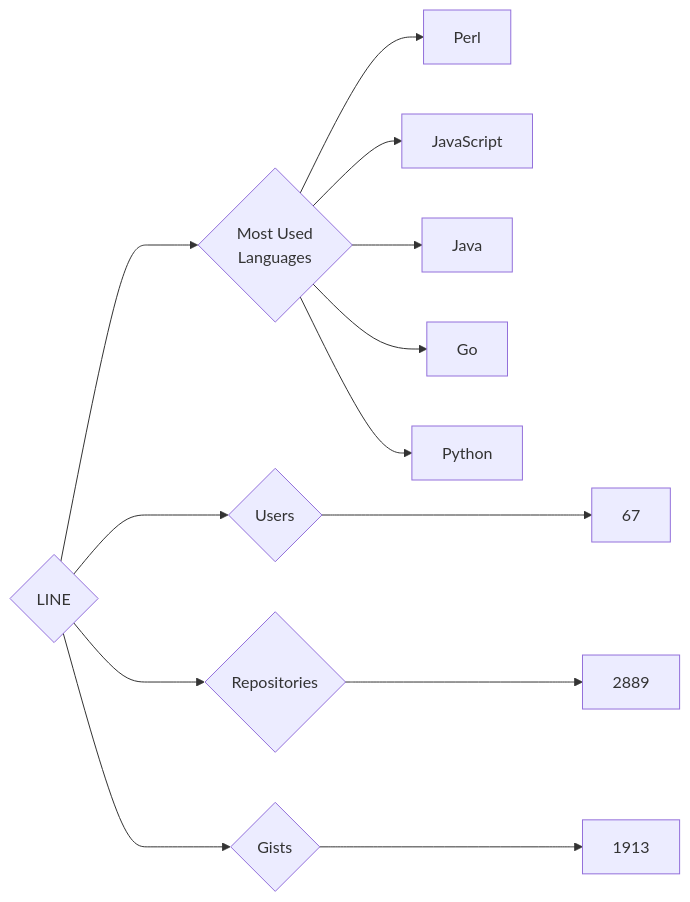
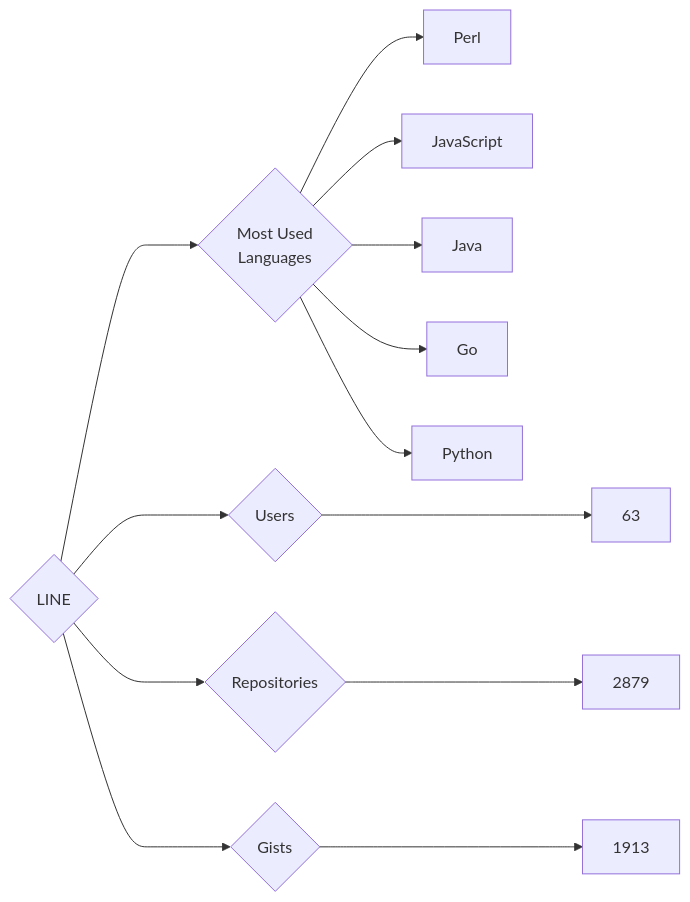
One commit to trickest/insiders changed the diagram in targets/LINE/README.md. Above: the diagram before and after it, drawn with Mermaid. The commit also changed 610 other files, not shown here.

````diff
--- a/targets/LINE/README.md
+++ b/targets/LINE/README.md
@@ -3,13 +3,13 @@
 ```mermaid
 graph LR
 COMPANY_NAME{LINE}
-COMPANY_NAME ---> U{Users} ---> UN[67]
-COMPANY_NAME ---> R{Repositories} ---> RN[2889]
+COMPANY_NAME ---> U{Users} ---> UN[63]
+COMPANY_NAME ---> R{Repositories} ---> RN[2879]
 COMPANY_NAME ---> G{Gists} ---> GN[1913]
 COMPANY_NAME ---> ML{Most Used<br>Languages}
 ML --> Perl[Perl]
 ML --> JavaScript[JavaScript]
 ML --> Java[Java]
 ML --> Go[Go]
 ML --> Python[Python]
 ```
````
